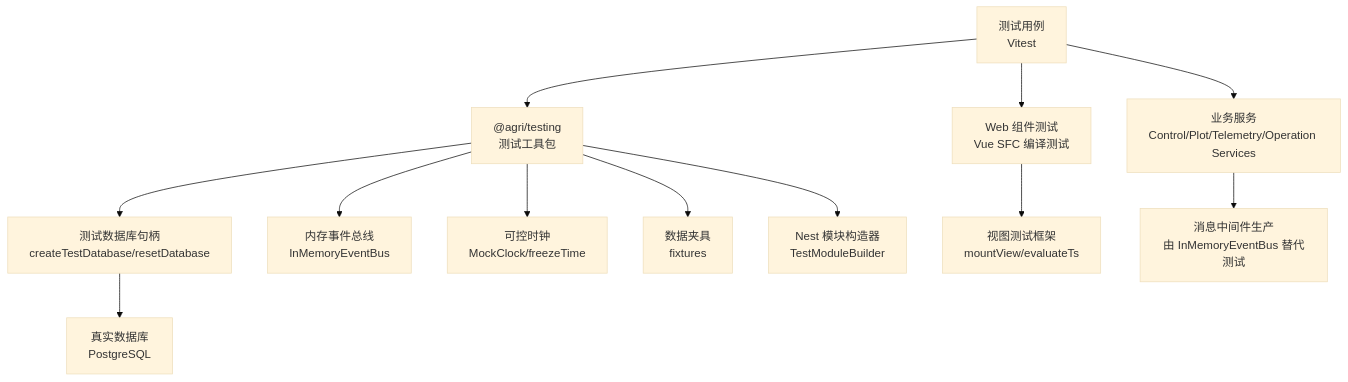
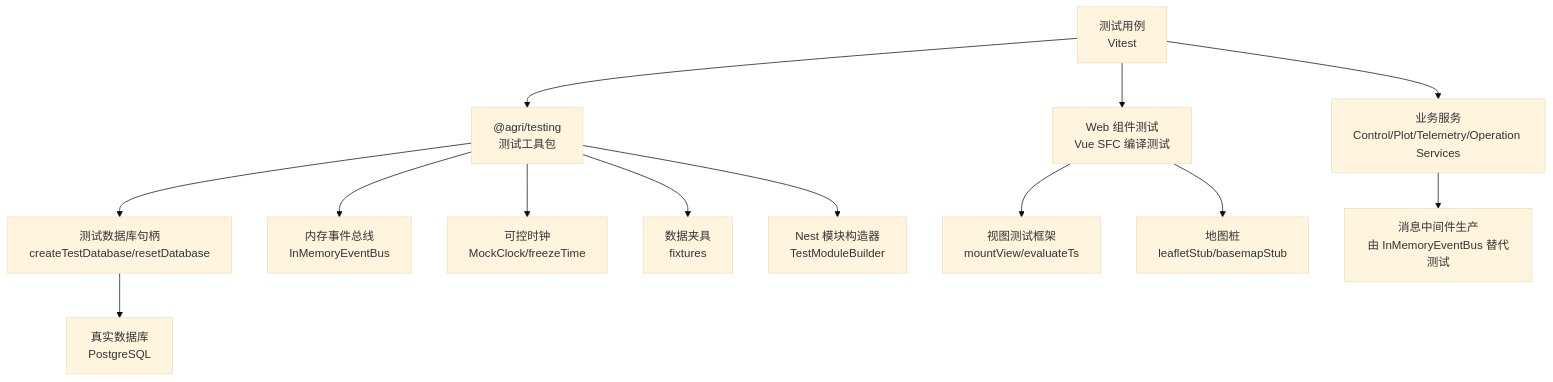
The second of 29 diagrams in .qoder/repowiki/zh/content/测试策略/测试策略.md (q446328246/agri-platform), drawn with Mermaid (base theme) before and after one commit. The commit also changed other lines of this file and 47 other files, not shown here.

````diff
--- a/.qoder/repowiki/zh/content/测试策略/测试策略.md
+++ b/.qoder/repowiki/zh/content/测试策略/测试策略.md
@@ -134,14 +140,15 @@
 ```mermaid
 graph TB
 Test["测试用例<br/>Vitest"] --> Tools["@agri/testing<br/>测试工具包"]
 Tools --> DBH["测试数据库句柄<br/>createTestDatabase/resetDatabase"]
 Tools --> Bus["内存事件总线<br/>InMemoryEventBus"]
 Tools --> Clock["可控时钟<br/>MockClock/freezeTime"]
 Tools --> Fixtures["数据夹具<br/>fixtures"]
 Tools --> ModuleBuilder["Nest 模块构造器<br/>TestModuleBuilder"]
 Test --> Service["业务服务<br/>Control/Plot/Telemetry/Operation Services"]
 Test --> WebTests["Web 组件测试<br/>Vue SFC 编译测试"]
 WebTests --> ViewHarness["视图测试框架<br/>mountView/evaluateTs"]
+WebTests --> MapStubs["地图桩<br/>leafletStub/basemapStub"]
 Service --> MQ["消息中间件生产<br/>由 InMemoryEventBus 替代测试"]
 DBH --> RealDB["真实数据库<br/>PostgreSQL"]
 ```
````
